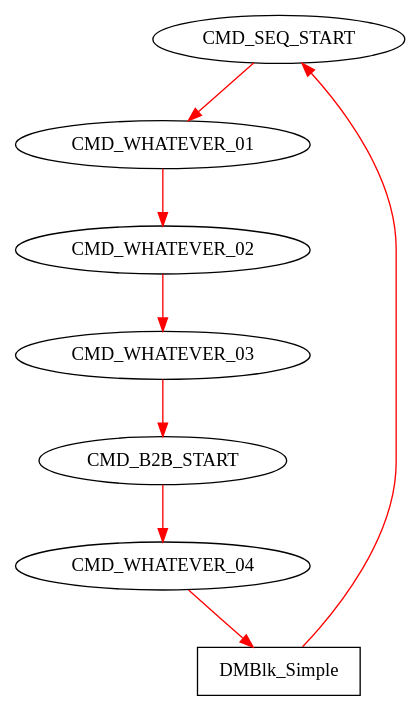
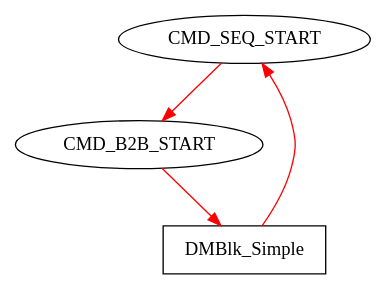
The diagram in modules/b2b/x86/b2b-test.dot (GSI-CS-CO/bel_projects), drawn with Graphviz before and after one commit. The commit also changed 13 other files, not shown here.

```diff
--- a/modules/b2b/x86/b2b-test.dot
+++ b/modules/b2b/x86/b2b-test.dot
@@ -1,19 +1,15 @@
 digraph g {
 name="testv1";
 
 graph [rankdir=TB, nodesep=0.6, mindist=0.6, ranksep=0.6, overlap=false]
 node  [type="tmsg",   shape="rectangle", style="filled", fillcolor="white", color="black", cpu="3"]
 edge  [type="defdst", color="red"]
 
 // events mit block
-CMD_SEQ_START       [type="tmsg",      pattern="B2B_TEST", patentry="true",   toffs=         0, id="0x112cfaa000000001", par="0x123", shape="oval"];
-CMD_WHATEVER_01     [type="tmsg",      pattern="B2B_TEST",                    toffs=   1000000, id="0x112cfaa000000002", par="0x456", shape="oval"];
-CMD_WHATEVER_02     [type="tmsg",      pattern="B2B_TEST",                    toffs=   2000000, id="0x112cfaa000000003", par="0x456", shape="oval"];
-CMD_WHATEVER_03     [type="tmsg",      pattern="B2B_TEST",                    toffs=   3000000, id="0x112cfaa000000004", par="0x456", shape="oval"];
-CMD_B2B_START       [type="tmsg",      pattern="B2B_TEST",                    toffs=  10000000, id="0x1fff800000000005", par="0x456", shape="oval"];
-CMD_WHATEVER_04     [type="tmsg",      pattern="B2B_TEST",                    toffs=  14000000, id="0x112cfaa000000006", par="0x456", shape="oval"];
+CMD_SEQ_START       [type="tmsg",      pattern="B2B_TEST", patentry="true",   toffs=         0, id="0x1fa7101000000001", par="0x123", shape="oval"];
+CMD_B2B_START       [type="tmsg",      pattern="B2B_TEST",                    toffs=  10000000, id="0x1fa7800000000001", par="0x456", shape="oval"];
 DMBlk_Simple        [type="block",     pattern="B2B_TEST",                  tperiod=1210000000];                                 
 
 // sequenz
-CMD_SEQ_START -> CMD_WHATEVER_01 -> CMD_WHATEVER_02 -> CMD_WHATEVER_03 -> CMD_B2B_START -> CMD_WHATEVER_04 -> DMBlk_Simple -> CMD_SEQ_START;
+CMD_SEQ_START -> CMD_B2B_START -> DMBlk_Simple -> CMD_SEQ_START;
 }
```
